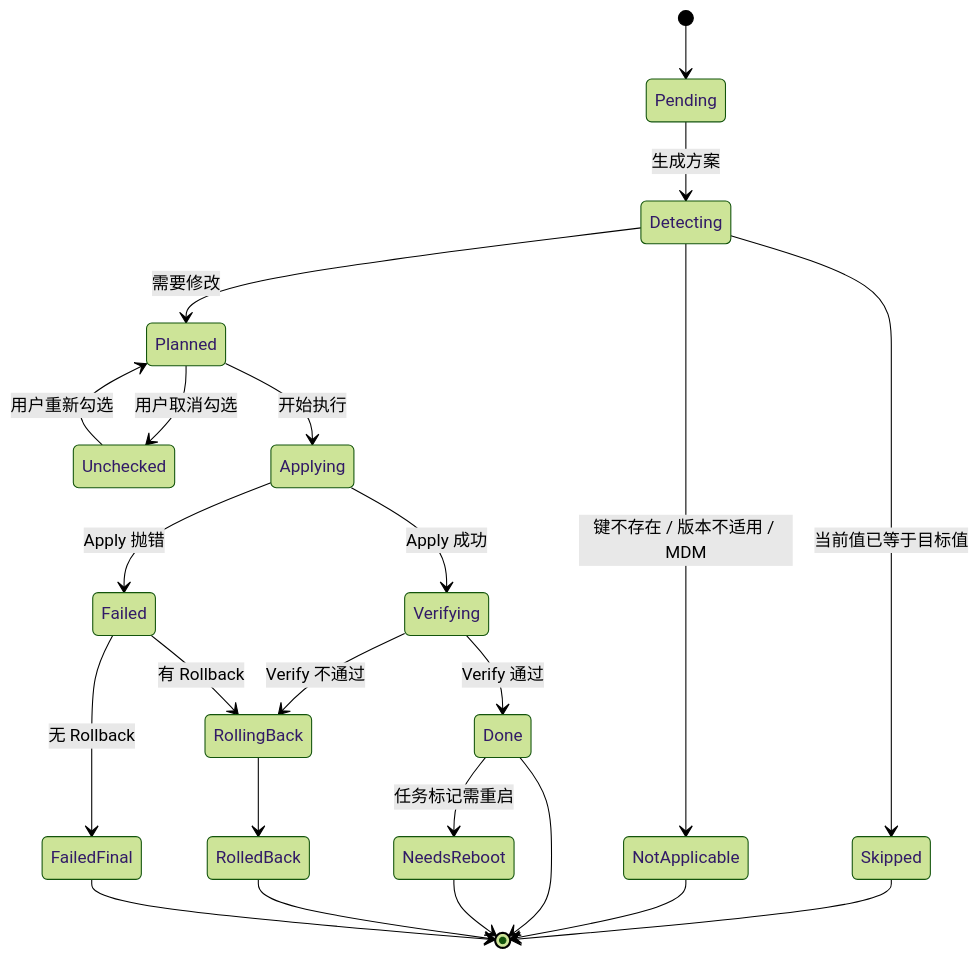
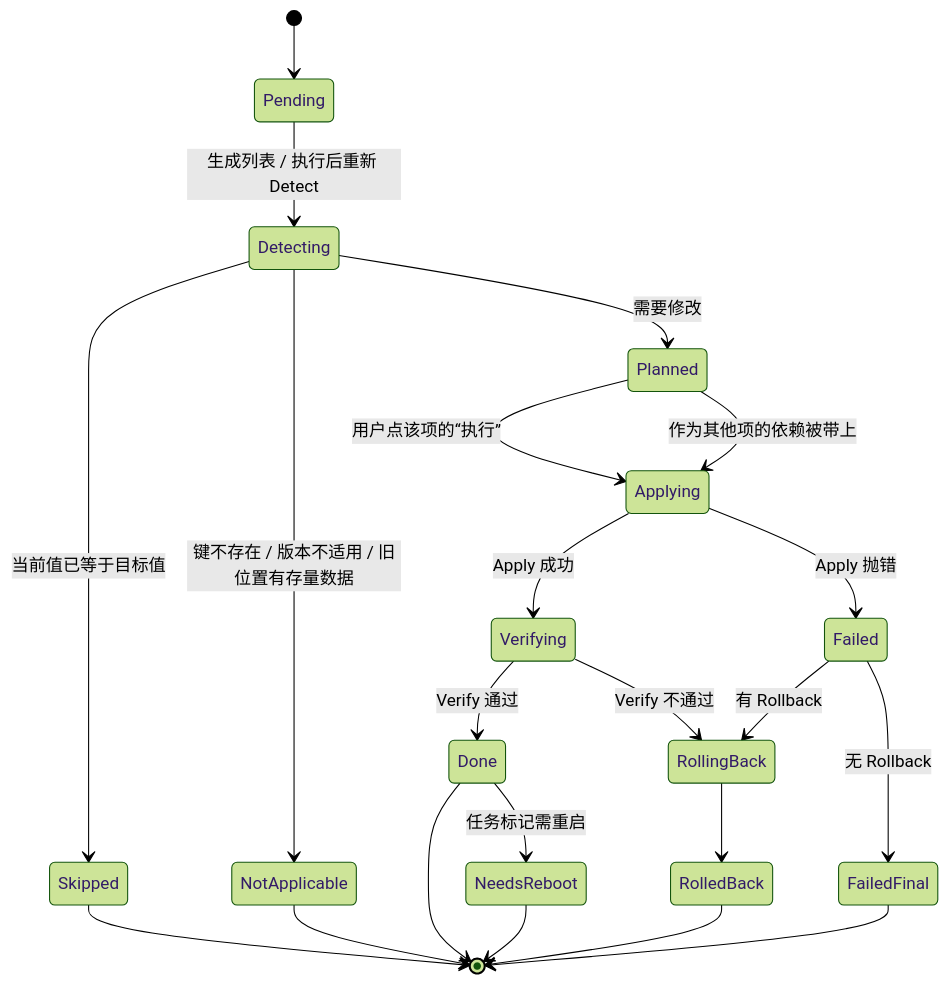
The fifth of 8 diagrams in docs/02-用例与用户流程.md (CookPiu/WinHomestead), drawn with Mermaid (forest theme) before and after one commit. The commit also changed other lines of this file and 2 other files, not shown here.

````diff
--- a/docs/02-用例与用户流程.md
+++ b/docs/02-用例与用户流程.md
@@ -342,25 +342,24 @@
 ```mermaid
 stateDiagram-v2
   [*] --> Pending
-  Pending --> Detecting: 生成方案
+  Pending --> Detecting: 生成列表 / 执行后重新 Detect
   Detecting --> Skipped: 当前值已等于目标值
   Detecting --> Planned: 需要修改
-  Detecting --> NotApplicable: 键不存在 / 版本不适用 / MDM
-  Planned --> Unchecked: 用户取消勾选
-  Unchecked --> Planned: 用户重新勾选
-  Planned --> Applying: 开始执行
+  Detecting --> NotApplicable: 键不存在 / 版本不适用 / 旧位置有存量数据
+  Planned --> Applying: 用户点该项的“执行”
+  Planned --> Applying: 作为其他项的依赖被带上
   Applying --> Verifying: Apply 成功
   Applying --> Failed: Apply 抛错
   Verifying --> Done: Verify 通过
   Verifying --> RollingBack: Verify 不通过
   Failed --> RollingBack: 有 Rollback
   Failed --> FailedFinal: 无 Rollback
   RollingBack --> RolledBack
   Done --> NeedsReboot: 任务标记需重启
   Skipped --> [*]
   NotApplicable --> [*]
   Done --> [*]
   NeedsReboot --> [*]
   RolledBack --> [*]
   FailedFinal --> [*]
 ```
````
